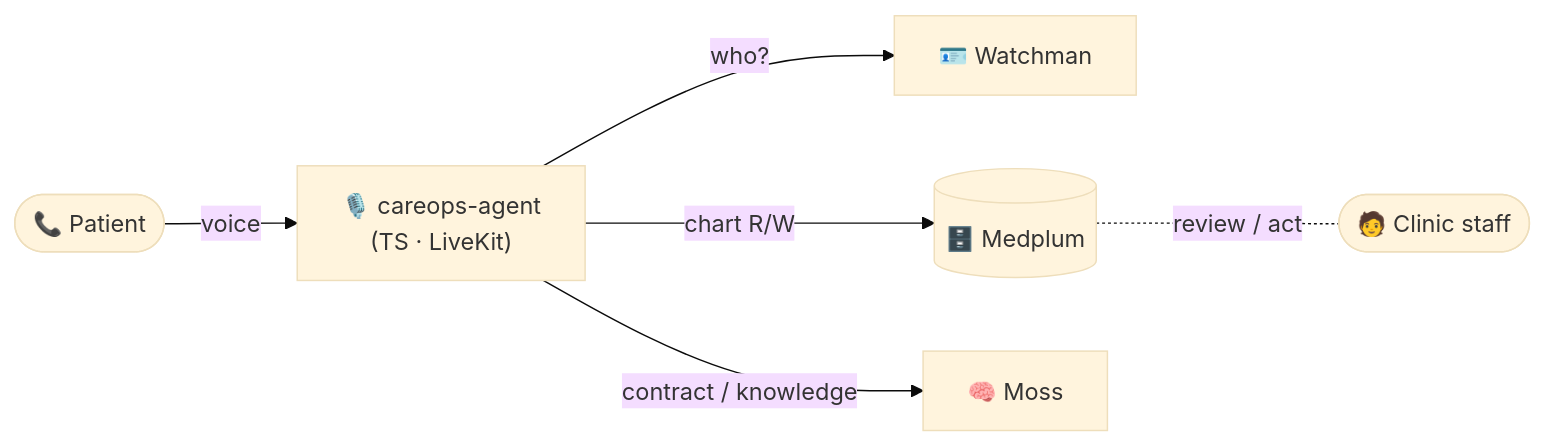
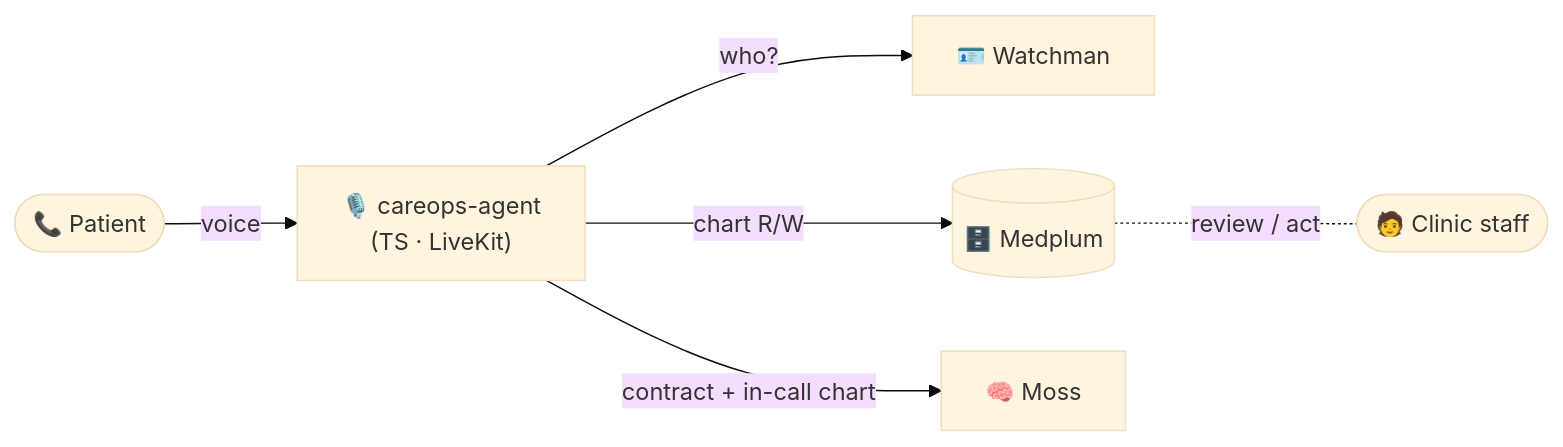
One commit to alvera-ai/atomic-healthcare changed the first of 5 diagrams in examples/careops-agent/README.md. Above: the diagram before and after it, drawn with Mermaid (base theme). The commit also changed other lines of this file and 2 other files, not shown here.

First line of the commit message:
docs: recalibrate architecture to TypeScript in-process wrappers

````diff
--- a/examples/careops-agent/README.md
+++ b/examples/careops-agent/README.md
@@ -12,8 +12,8 @@
 ```mermaid
 flowchart LR
   Caller(["📞 Patient"]) -- voice --> Agent["🎙️ careops-agent<br/>(TS · LiveKit)"]
   Agent -- who? --> WM["🪪 Watchman"]
   Agent -- chart R/W --> Med[("🗄️ Medplum")]
-  Agent -- contract / knowledge --> Moss["🧠 Moss"]
+  Agent -- "contract + in-call chart" --> Moss["🧠 Moss"]
   Med -. review / act .- Staff(["🧑 Clinic staff"])
 ```
````
